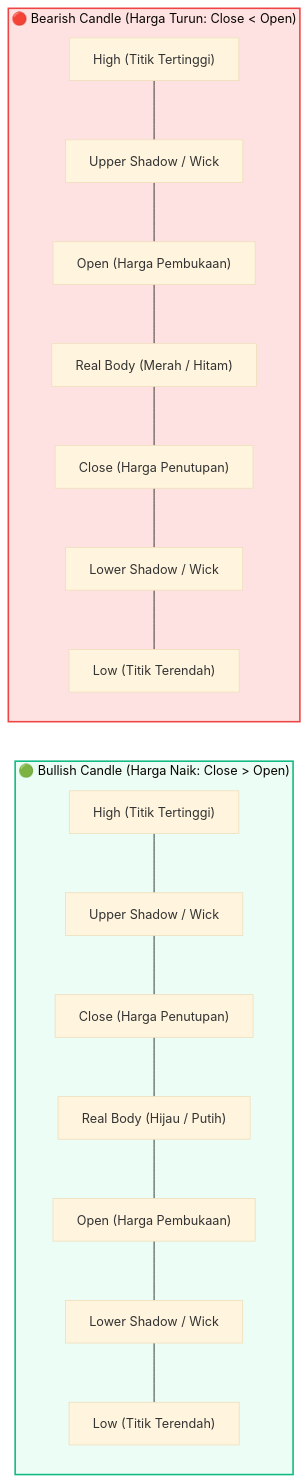
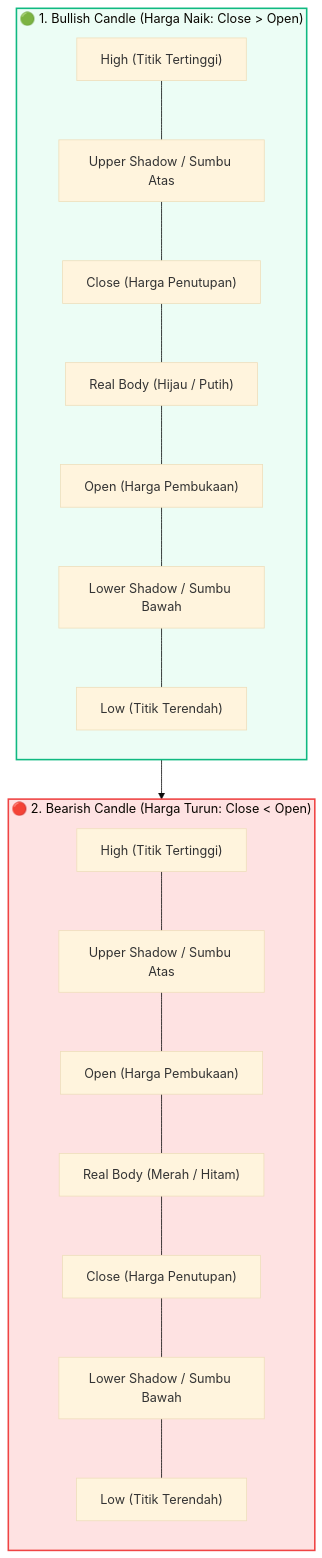
The second of 2 diagrams in docs/visualisasi-data/11-visualisasi-time-series.md (mahendaruui/Perkuliahan), drawn with Mermaid (base theme) before and after one commit. The commit also changed other lines of this file and 15 other files, not shown here.

Commit message:
refactor: update and standardize mermaid diagrams across all documentation modules

````diff
--- a/docs/visualisasi-data/11-visualisasi-time-series.md
+++ b/docs/visualisasi-data/11-visualisasi-time-series.md
@@ -45,25 +50,27 @@
 ```mermaid
-flowchart LR
-    subgraph Bullish["🟢 Bullish Candle (Harga Naik: Close > Open)"]
+flowchart TD
+    subgraph Bullish["🟢 1. Bullish Candle (Harga Naik: Close > Open)"]
         direction TB
-        H1["High (Titik Tertinggi)"] --- W1["Upper Shadow / Wick"]
+        H1["High (Titik Tertinggi)"] --- W1["Upper Shadow / Sumbu Atas"]
         W1 --- C1["Close (Harga Penutupan)"]
         C1 --- B1["Real Body (Hijau / Putih)"]
         B1 --- O1["Open (Harga Pembukaan)"]
-        O1 --- L1["Lower Shadow / Wick"]
+        O1 --- L1["Lower Shadow / Sumbu Bawah"]
         L1 --- LW1["Low (Titik Terendah)"]
     end
 
-    subgraph Bearish["🔴 Bearish Candle (Harga Turun: Close < Open)"]
+    subgraph Bearish["🔴 2. Bearish Candle (Harga Turun: Close < Open)"]
         direction TB
-        H2["High (Titik Tertinggi)"] --- W2["Upper Shadow / Wick"]
+        H2["High (Titik Tertinggi)"] --- W2["Upper Shadow / Sumbu Atas"]
         W2 --- O2["Open (Harga Pembukaan)"]
         O2 --- B2["Real Body (Merah / Hitam)"]
         B2 --- C2["Close (Harga Penutupan)"]
-        C2 --- L2["Lower Shadow / Wick"]
+        C2 --- L2["Lower Shadow / Sumbu Bawah"]
         L2 --- LW2["Low (Titik Terendah)"]
     end
+
+    Bullish --> Bearish
 
     style Bullish fill:#ecfdf5,stroke:#10b981,stroke-width:2px
     style Bearish fill:#fee2e2,stroke:#ef4444,stroke-width:2px
 ```
````
